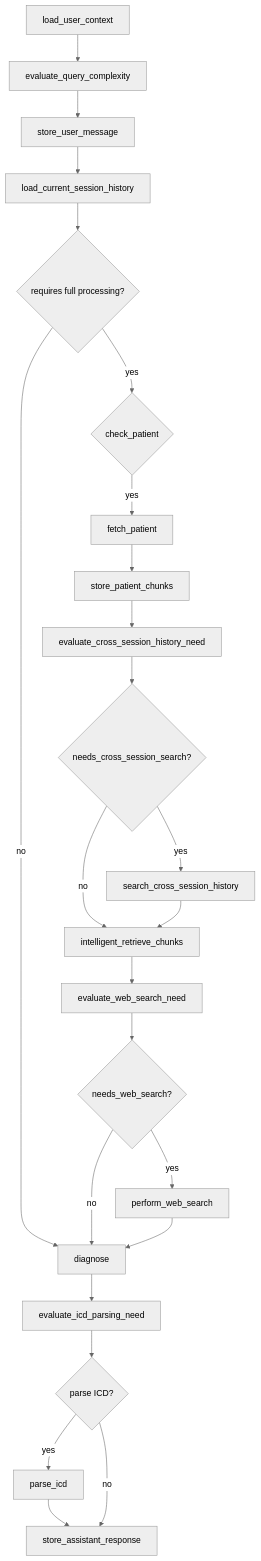
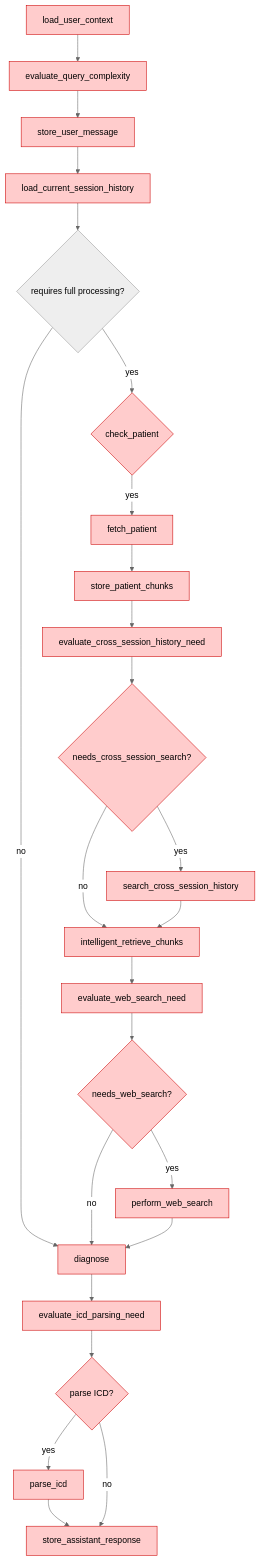
Before and after one commit to Smyan1909/OptiMed: the diagram in docs/algorithms/patient_flow_langgraph.md, drawn with Mermaid (neutral theme). The commit also changed other lines of this file and 13 other files, not shown here.

````diff
--- a/docs/algorithms/patient_flow_langgraph.md
+++ b/docs/algorithms/patient_flow_langgraph.md
@@ -12,26 +51,29 @@
 ```mermaid
 flowchart TD
   A[load_user_context] --> B[evaluate_query_complexity]
   B --> C[store_user_message]
   C --> D[load_current_session_history]
   D --> X{requires full processing?}
   X -- no --> O[diagnose]
   X -- yes --> E{check_patient}
   E -- yes --> F[fetch_patient]
   F --> G[store_patient_chunks]
   G --> H[evaluate_cross_session_history_need]
   H --> I{needs_cross_session_search?}
   I -- yes --> J[search_cross_session_history]
   I -- no --> K[intelligent_retrieve_chunks]
   J --> K[intelligent_retrieve_chunks]
   K --> L[evaluate_web_search_need]
   L --> M{needs_web_search?}
   M -- yes --> N[perform_web_search]
   M -- no --> O[diagnose]
   N --> O[diagnose]
   O --> P[evaluate_icd_parsing_need]
   P --> Q{parse ICD?}
   Q -- yes --> R[parse_icd]
   R --> S[store_assistant_response]
   Q -- no --> S[store_assistant_response]
+
+  classDef deprecated fill:#ffcccc,stroke:#cc0000
+  class A,B,C,D,E,F,G,H,I,J,K,L,M,N,O,P,Q,R,S deprecated
 ```
````
